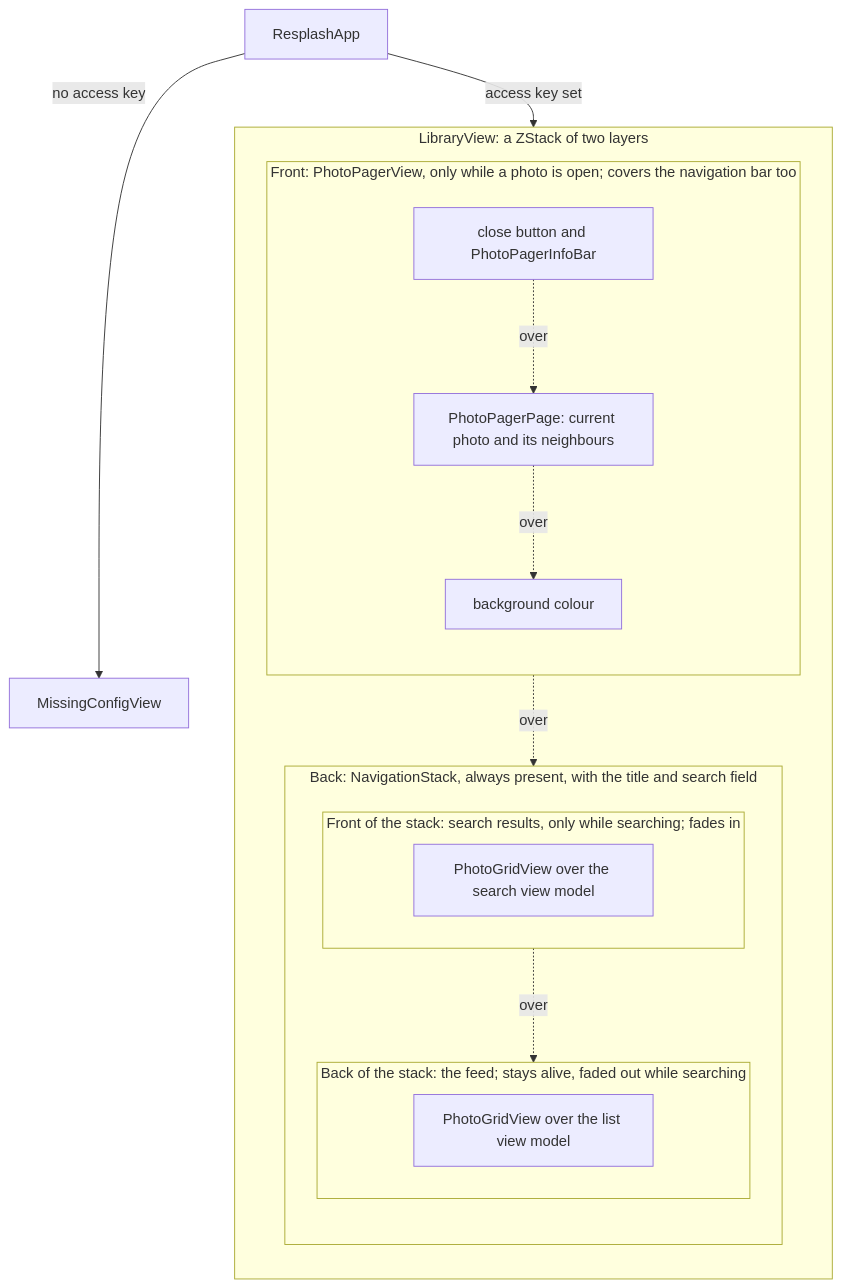
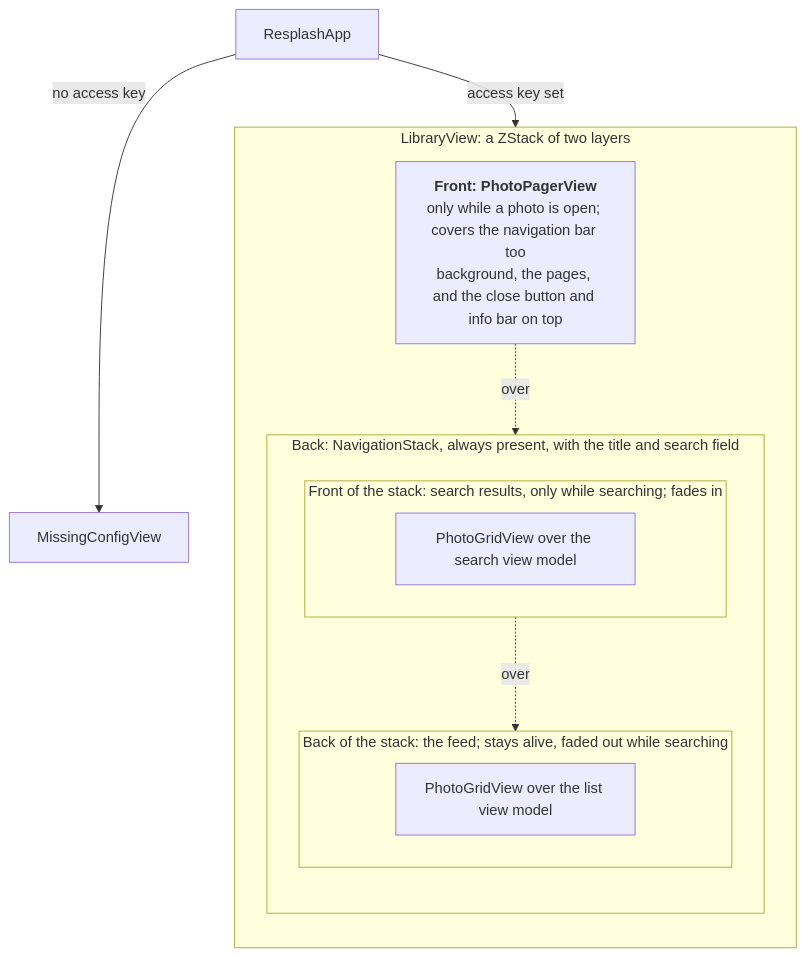
Before and after one commit to gdhardcastle/resplash: the second of 4 diagrams in README.md, drawn with Mermaid.

Commit message:
Show the pager as a single layer in the view hierarchy

````diff
--- a/README.md
+++ b/README.md
@@ -53,30 +53,24 @@
 ```mermaid
 flowchart TB
     App["ResplashApp"] -->|"no access key"| Missing["MissingConfigView"]
     App -->|"access key set"| Stack
 
     subgraph Stack["LibraryView: a ZStack of two layers"]
         direction TB
 
-        subgraph Pager["Front: PhotoPagerView, only while a photo is open; covers the navigation bar too"]
-            direction TB
-            Chrome["close button and PhotoPagerInfoBar"]
-            Pages["PhotoPagerPage: current photo and its neighbours"]
-            Backdrop["background colour"]
-            Chrome -.->|"over"| Pages -.->|"over"| Backdrop
-        end
+        Pager["<b>Front: PhotoPagerView</b><br/>only while a photo is open; covers the navigation bar too<br/>background, the pages, and the close button and info bar on top"]
 
         subgraph Nav["Back: NavigationStack, always present, with the title and search field"]
             direction TB
             subgraph Search["Front of the stack: search results, only while searching; fades in"]
                 SearchGrid["PhotoGridView over the search view model"]
             end
             subgraph Feed["Back of the stack: the feed; stays alive, faded out while searching"]
                 FeedGrid["PhotoGridView over the list view model"]
             end
             Search -.->|"over"| Feed
         end
 
         Pager -.->|"over"| Nav
     end
 ```
````
